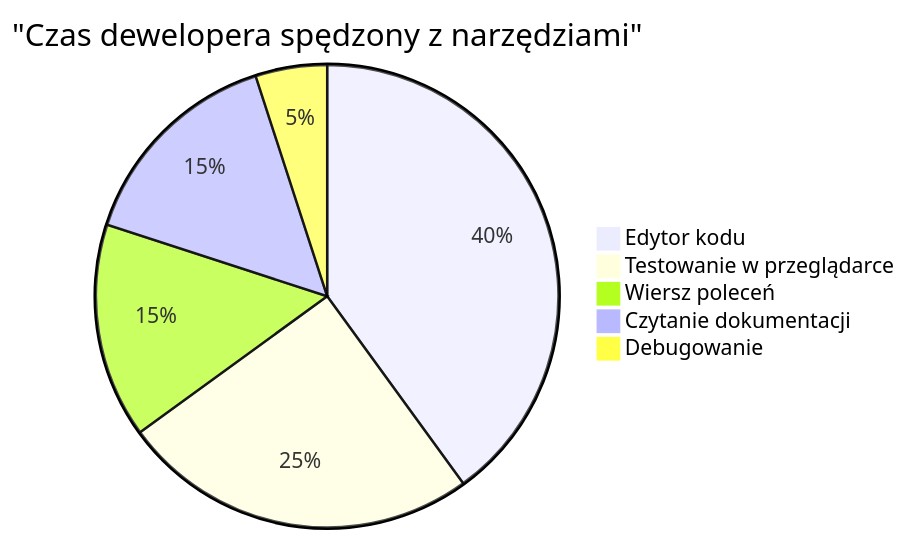
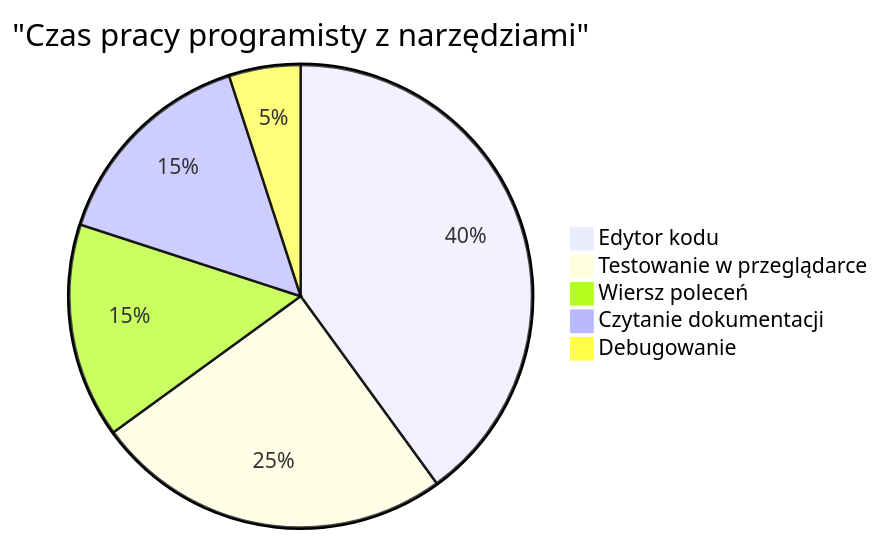
The sixth of 7 diagrams in translations/pl/1-getting-started-lessons/1-intro-to-programming-languages/README.md (microsoft/Web-Dev-For-Beginners), drawn with Mermaid before and after one commit. The commit also changed other lines of this file and 8 other files, not shown here.

````diff
--- a/translations/pl/1-getting-started-lessons/1-intro-to-programming-languages/README.md
+++ b/translations/pl/1-getting-started-lessons/1-intro-to-programming-languages/README.md
@@ -713,8 +713,8 @@
 ```mermaid
-pie title "Czas dewelopera spędzony z narzędziami"
+pie title "Czas pracy programisty z narzędziami"
     "Edytor kodu" : 40
     "Testowanie w przeglądarce" : 25
     "Wiersz poleceń" : 15
     "Czytanie dokumentacji" : 15
     "Debugowanie" : 5
 ```
````
